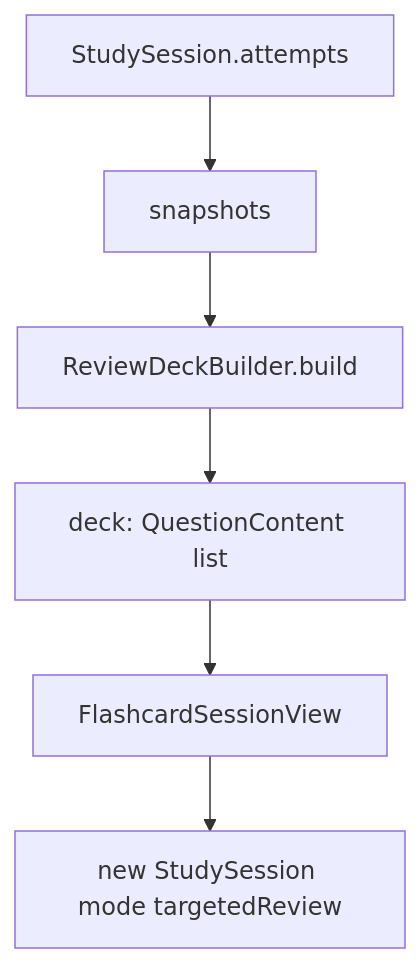
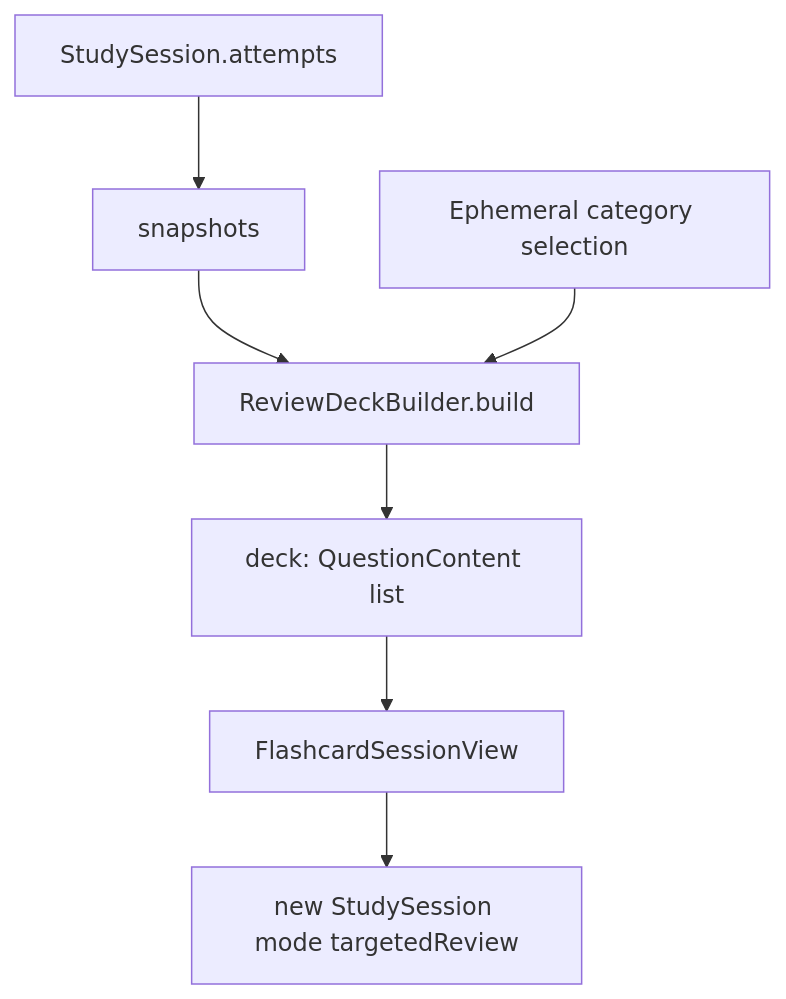
One commit to AD-Paladins/SwiftyCitizen changed the diagram in docs/architecture/flow-targeted-review.md. Above: the diagram before and after it, drawn with Mermaid. The commit also changed other lines of this file and 3 other files, not shown here.

````diff
--- a/docs/architecture/flow-targeted-review.md
+++ b/docs/architecture/flow-targeted-review.md
@@ -33,8 +39,9 @@
 ```mermaid
 flowchart TD
     A[StudySession.attempts] --> B[snapshots]
     B --> C[ReviewDeckBuilder.build]
+    Cat[Ephemeral category selection] --> C
     C --> D[deck: QuestionContent list]
     D --> E[FlashcardSessionView]
     E --> F[new StudySession mode targetedReview]
 ```
````
